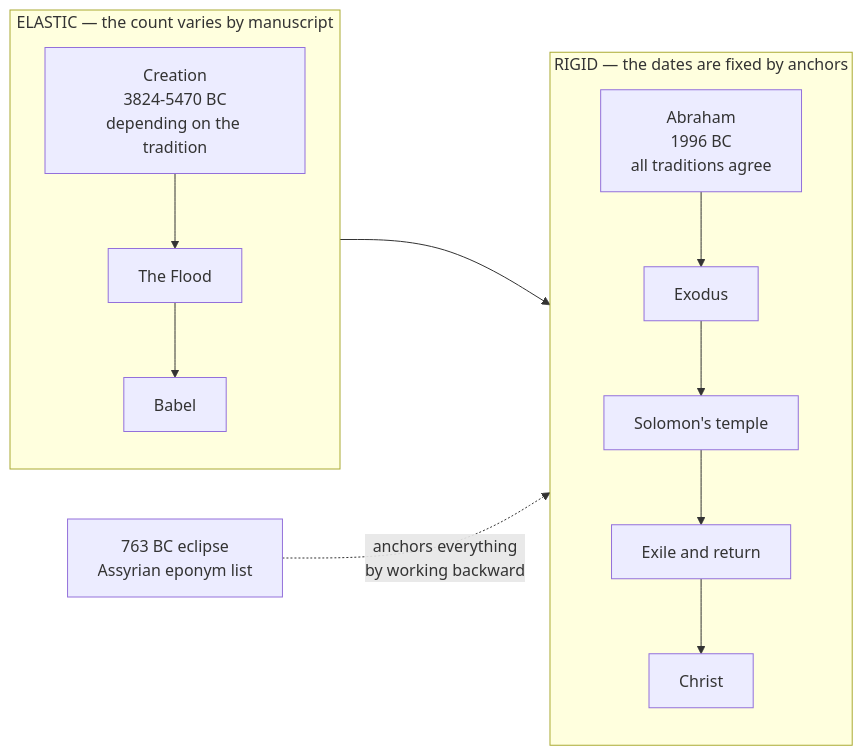
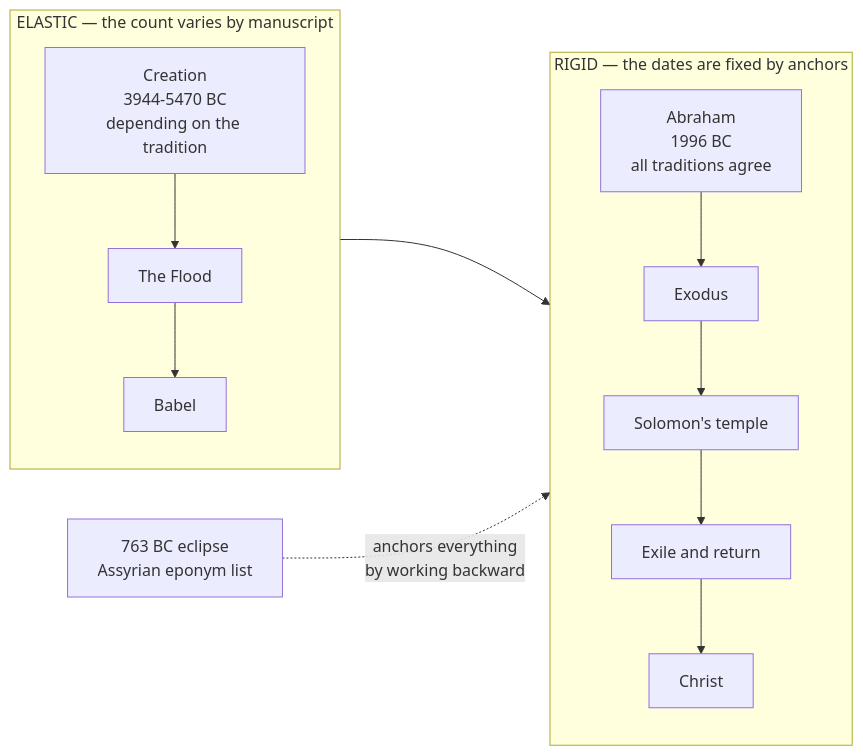
The first of 3 diagrams in docs/content/last-things/combined-timeline.md (ding0t/bible_studies), drawn with Mermaid before and after one commit. The commit also changed other lines of this file and 7 other files, not shown here.

````diff
--- a/docs/content/last-things/combined-timeline.md
+++ b/docs/content/last-things/combined-timeline.md
@@ -37,13 +37,13 @@
 ```mermaid
 flowchart LR
     subgraph E["ELASTIC — the count varies by manuscript"]
         direction TB
-        A["Creation<br/>3824-5470 BC<br/>depending on the tradition"] --> B["The Flood"] --> C["Babel"]
+        A["Creation<br/>3944-5470 BC<br/>depending on the tradition"] --> B["The Flood"] --> C["Babel"]
     end
     subgraph R["RIGID — the dates are fixed by anchors"]
         direction TB
         D["Abraham<br/>1996 BC<br/>all traditions agree"] --> F["Exodus"] --> G["Solomon's temple"] --> H["Exile and return"] --> I["Christ"]
     end
     E --> R
     J["763 BC eclipse<br/>Assyrian eponym list"] -.->|"anchors everything<br/>by working backward"| R
 ```
````
